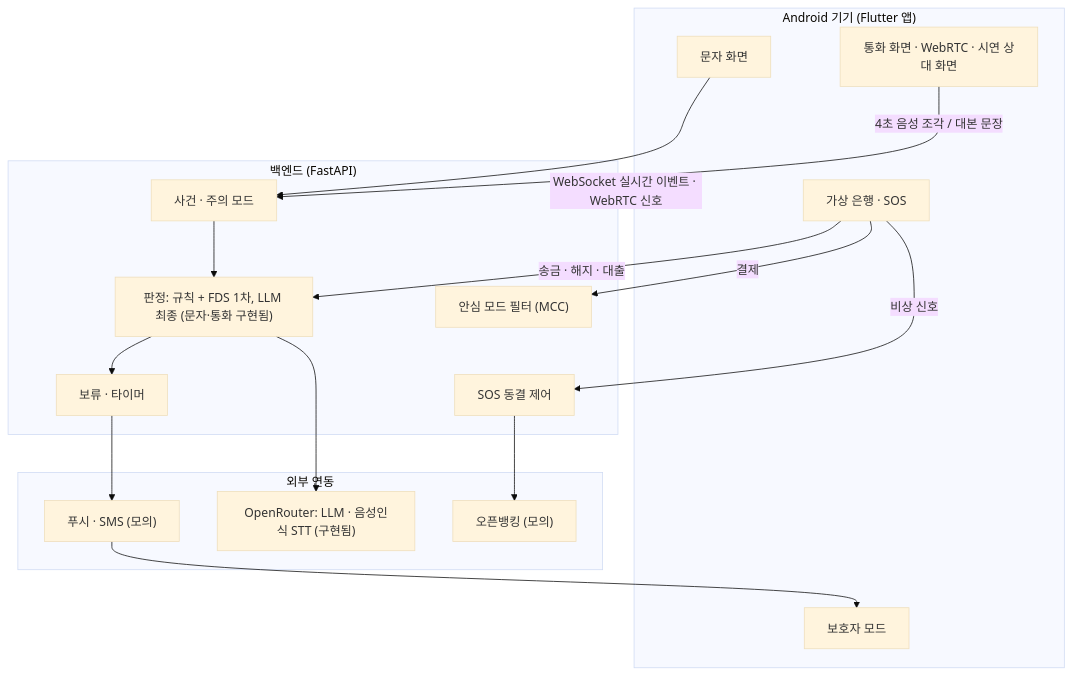
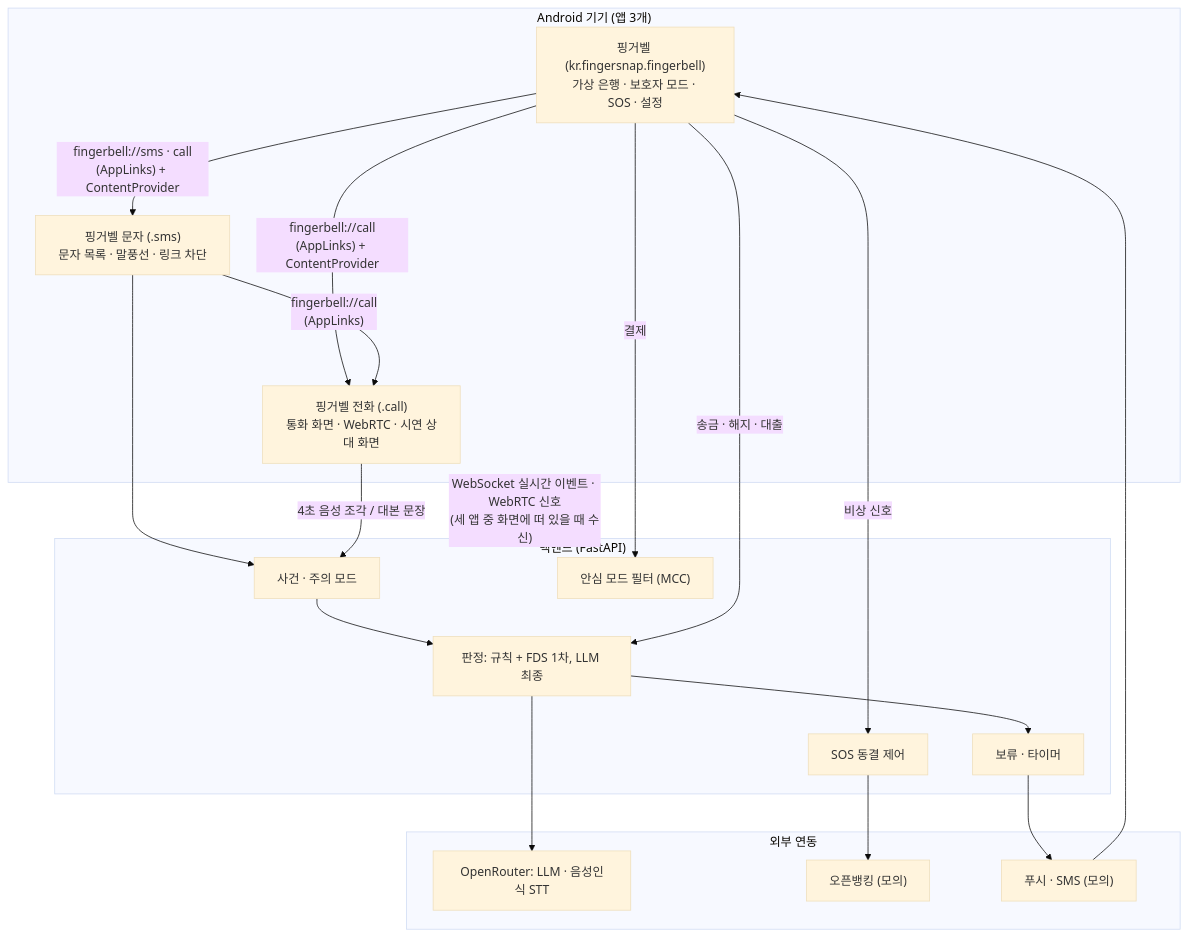
Before and after one commit to Tristan-2021/finance_tech: the second of 2 diagrams in README.md, drawn with Mermaid (base theme). The commit also changed other lines of this file and 34 other files, not shown here.

````diff
--- a/README.md
+++ b/README.md
@@ -108,30 +125,32 @@
 ```mermaid
 flowchart TD
-    subgraph App["Android 기기 (Flutter 앱)"]
-        SMS["문자 화면"]
-        CALL["통화 화면 · WebRTC · 시연 상대 화면"]
-        BANK["가상 은행 · SOS"]
-        G["보호자 모드"]
+    subgraph App["Android 기기 (앱 3개)"]
+        BANK["핑거벨 (kr.fingersnap.fingerbell)<br/>가상 은행 · 보호자 모드 · SOS · 설정"]
+        SMS["핑거벨 문자 (.sms)<br/>문자 목록 · 말풍선 · 링크 차단"]
+        CALL["핑거벨 전화 (.call)<br/>통화 화면 · WebRTC · 시연 상대 화면"]
+        BANK -- "fingerbell://sms · call<br/>(AppLinks) + ContentProvider" --> SMS
+        BANK -- "fingerbell://call<br/>(AppLinks) + ContentProvider" --> CALL
+        SMS -- "fingerbell://call<br/>(AppLinks)" --> CALL
     end
     subgraph Server["백엔드 (FastAPI)"]
         INC["사건 · 주의 모드"]
-        JUDGE["판정: 규칙 + FDS 1차, LLM 최종 (문자·통화 구현됨)"]
+        JUDGE["판정: 규칙 + FDS 1차, LLM 최종"]
         HOLD["보류 · 타이머"]
         SOS["SOS 동결 제어"]
         MODE["안심 모드 필터 (MCC)"]
     end
     subgraph Ext["외부 연동"]
-        OR["OpenRouter: LLM · 음성인식 STT (구현됨)"]
+        OR["OpenRouter: LLM · 음성인식 STT"]
         OB["오픈뱅킹 (모의)"]
         PUSH["푸시 · SMS (모의)"]
     end
     SMS --> INC
     CALL -- "4초 음성 조각 / 대본 문장" --> INC
     INC --> JUDGE
     BANK -- "송금 · 해지 · 대출" --> JUDGE --> HOLD
     BANK -- "결제" --> MODE
     BANK -- "비상 신호" --> SOS --> OB
     JUDGE --> OR
-    HOLD --> PUSH --> G
-    Server -. "WebSocket 실시간 이벤트 · WebRTC 신호" .-> App
+    HOLD --> PUSH --> BANK
+    Server -. "WebSocket 실시간 이벤트 · WebRTC 신호<br/>(세 앱 중 화면에 떠 있을 때 수신)" .-> App
 ```
````
